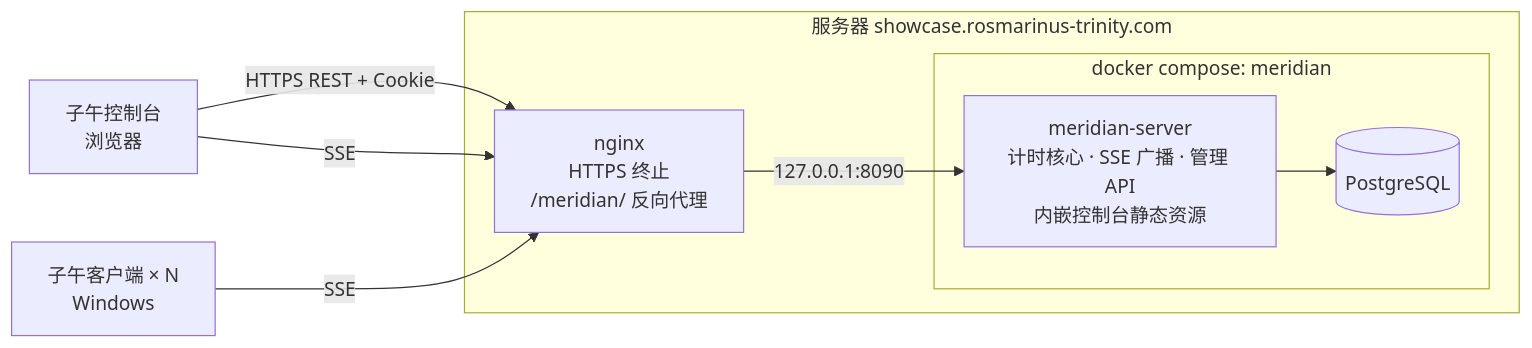
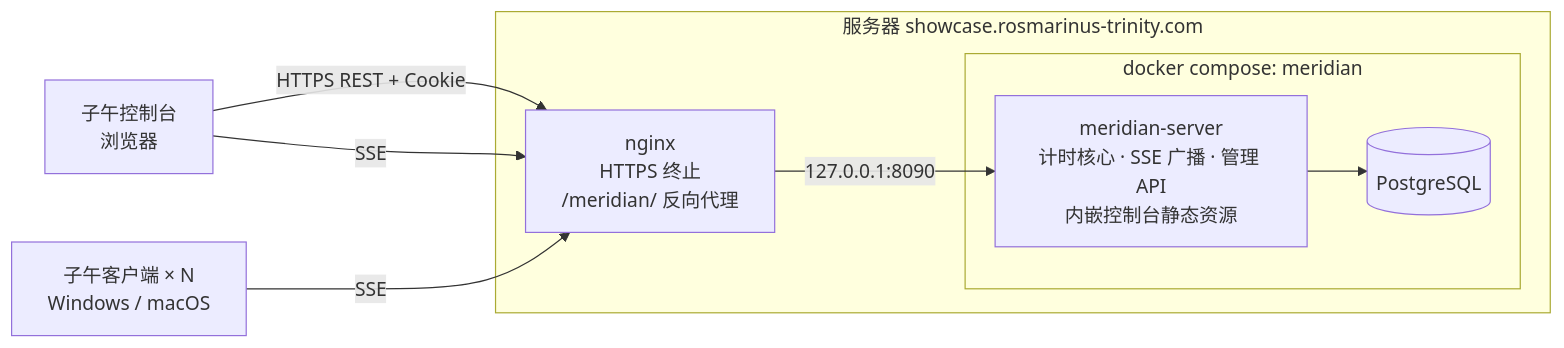
The first of 2 diagrams in docs/PRD.md (YuKiBi0/Meridian), drawn with Mermaid before and after one commit. The commit also changed other lines of this file and 5 other files, not shown here.

````diff
--- a/docs/PRD.md
+++ b/docs/PRD.md
@@ -77,15 +77,15 @@
 ```mermaid
 flowchart LR
   subgraph Host[服务器 showcase.rosmarinus-trinity.com]
     Nginx[nginx<br/>HTTPS 终止<br/>/meridian/ 反向代理]
     subgraph Compose[docker compose: meridian]
       Server[meridian-server<br/>计时核心 · SSE 广播 · 管理 API<br/>内嵌控制台静态资源]
       DB[(PostgreSQL)]
     end
     Nginx -->|127.0.0.1:8090| Server
     Server --> DB
   end
   Console[子午控制台<br/>浏览器] -->|HTTPS REST + Cookie| Nginx
   Console -->|SSE| Nginx
-  Clients[子午客户端 × N<br/>Windows] -->|SSE| Nginx
+  Clients[子午客户端 × N<br/>Windows / macOS] -->|SSE| Nginx
 ```
````
